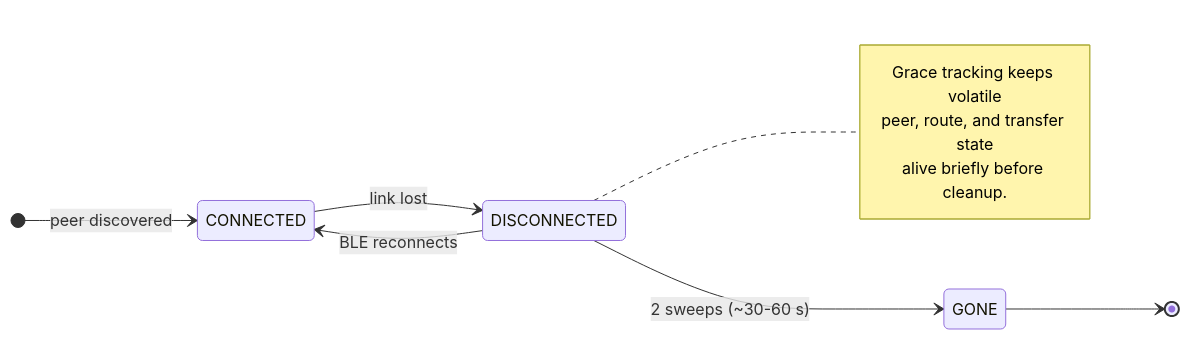
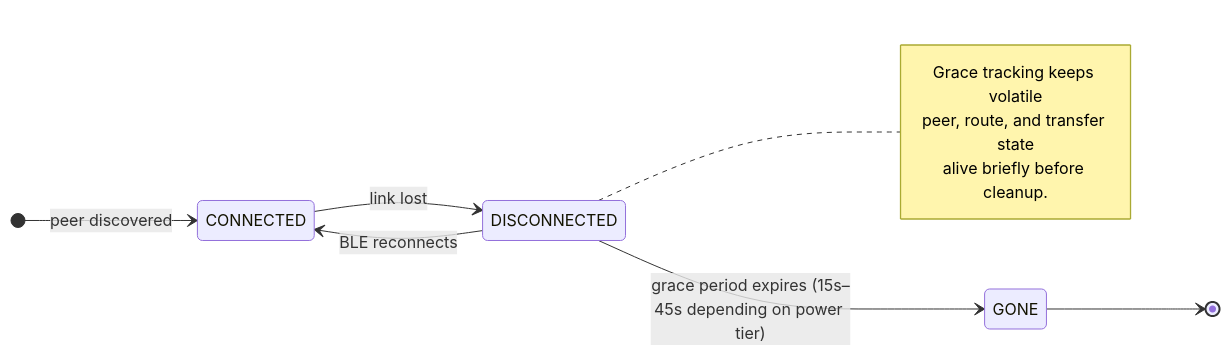
Before and after one commit to trancee/MeshLink-template: the diagram in docs/explanation/peer-lifecycle.md, drawn with Mermaid. The commit also changed other lines of this file and 8 other files, not shown here.

````diff
--- a/docs/explanation/peer-lifecycle.md
+++ b/docs/explanation/peer-lifecycle.md
@@ -17,19 +17,19 @@
 ```mermaid
 stateDiagram-v2
     direction LR
     state "CONNECTED" as Connected
     state "DISCONNECTED" as Disconnected
     state "GONE" as Gone
 
     [*] --> Connected: peer discovered
     Connected --> Disconnected: link lost
     Disconnected --> Connected: BLE reconnects
-    Disconnected --> Gone: 2 sweeps (~30-60 s)
+    Disconnected --> Gone: grace period expires (15s–45s depending on power tier)
     Gone --> [*]
 
     note right of Disconnected
         Grace tracking keeps volatile
         peer, route, and transfer state
         alive briefly before cleanup.
     end note
 ```
````
